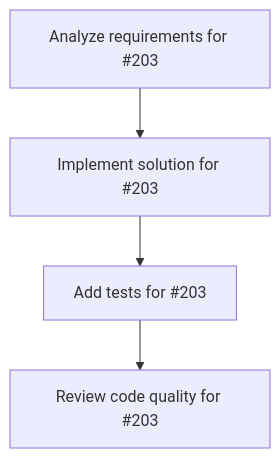
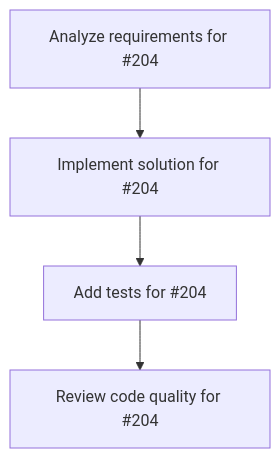
Before and after one commit to ShunsukeHayashi/miyabi-code: the diagram in Plans.md, drawn with Mermaid. The commit also changed other lines of this file and 5 other files, not shown here.

````diff
--- a/Plans.md
+++ b/Plans.md
@@ -102,10 +103,10 @@
 ```mermaid
 graph TD
-    task_203_analysis["Analyze requirements for #203"]
-    task_203_impl["Implement solution for #203"]
-    task_203_test["Add tests for #203"]
-    task_203_review["Review code quality for #203"]
-    task_203_analysis --> task_203_impl
-    task_203_impl --> task_203_test
-    task_203_test --> task_203_review
+    task_204_analysis["Analyze requirements for #204"]
+    task_204_impl["Implement solution for #204"]
+    task_204_test["Add tests for #204"]
+    task_204_review["Review code quality for #204"]
+    task_204_analysis --> task_204_impl
+    task_204_impl --> task_204_test
+    task_204_test --> task_204_review
 ```
````
